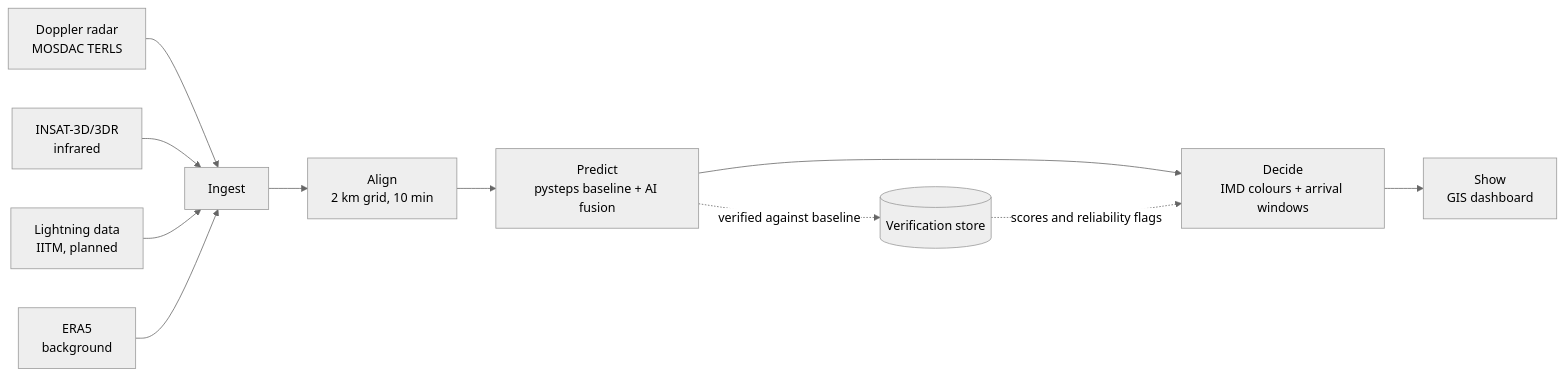
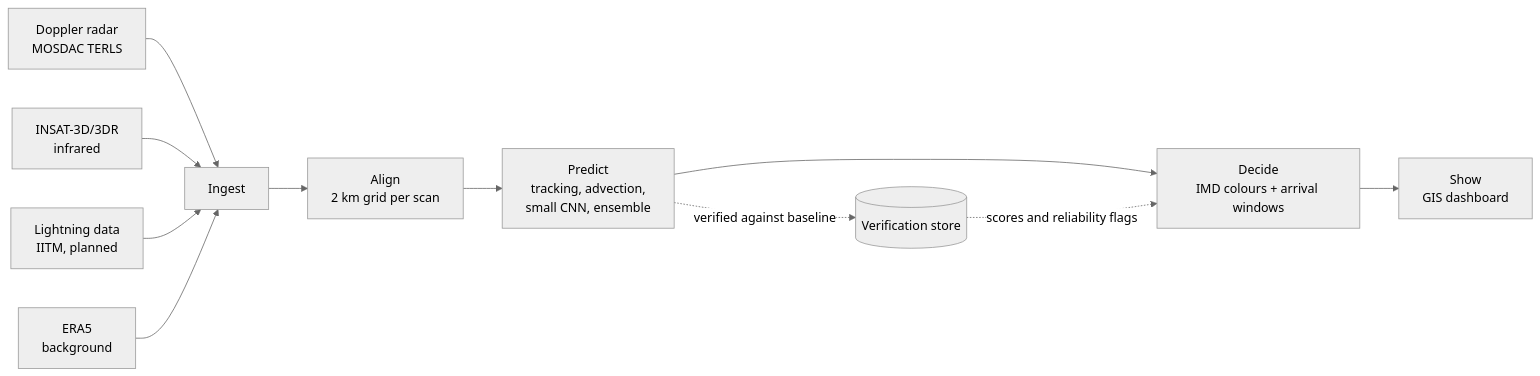
The diagram in design/architecture.md (Agamsma/imperial-x), drawn with Mermaid (neutral theme) before and after one commit. The commit also changed other lines of this file and 6 other files, not shown here.

````diff
--- a/design/architecture.md
+++ b/design/architecture.md
@@ -9,13 +9,13 @@
 ```mermaid
 flowchart LR
   R[Doppler radar<br/>MOSDAC TERLS] --> I
   S[INSAT-3D/3DR<br/>infrared] --> I
   L[Lightning data<br/>IITM, planned] --> I
   E[ERA5<br/>background] --> I
-  I[Ingest] --> A[Align<br/>2 km grid, 10 min]
-  A --> P[Predict<br/>pysteps baseline + AI fusion]
+  I[Ingest] --> A[Align<br/>2 km grid per scan]
+  A --> P[Predict<br/>tracking, advection,<br/>small CNN, ensemble]
   P --> D[Decide<br/>IMD colours + arrival windows]
   D --> V[Show<br/>GIS dashboard]
   P -. verified against baseline .-> B[(Verification store)]
   B -. scores and reliability flags .-> D
 ```
````
